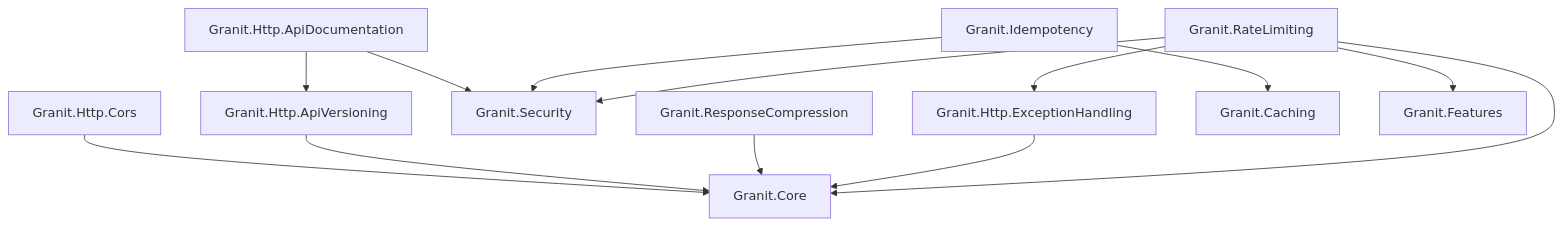
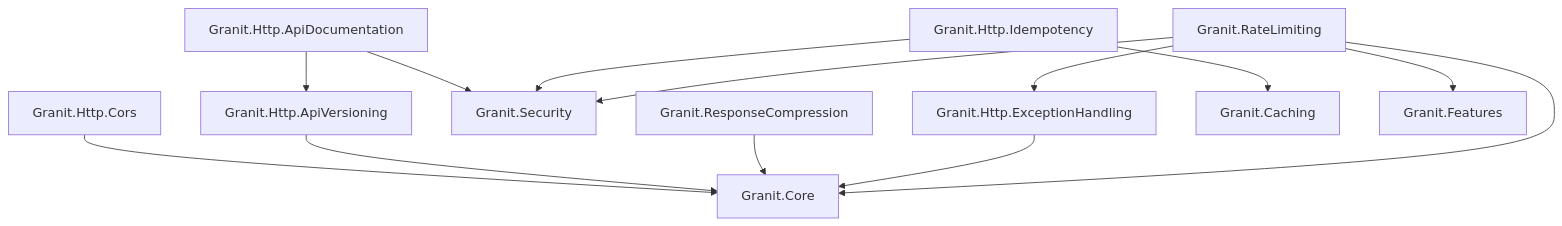
The diagram in docs-site/src/content/docs/dotnet/api/index.mdx (granit-fx/granit-dotnet), drawn with Mermaid before and after one commit. The commit also changed 183 other files, not shown here.

First line of the commit message:
refactor: rename Granit.Cookies to Granit.Http.Cookies (3 packages)

````diff
--- a/docs-site/src/content/docs/dotnet/api/index.mdx
+++ b/docs-site/src/content/docs/dotnet/api/index.mdx
@@ -49,15 +49,15 @@
 ```mermaid
 graph TD
     CORS[Granit.Http.Cors] --> CO[Granit.Core]
     AV[Granit.Http.ApiVersioning] --> CO
     AD[Granit.Http.ApiDocumentation] --> AV
     AD --> SEC[Granit.Security]
     RC[Granit.ResponseCompression] --> CO
     EH[Granit.Http.ExceptionHandling] --> CO
-    ID[Granit.Idempotency] --> CA[Granit.Caching]
+    ID[Granit.Http.Idempotency] --> CA[Granit.Caching]
     ID --> SEC
     RL[Granit.RateLimiting] --> CO
     RL --> EH
     RL --> FT[Granit.Features]
     RL --> SEC
 ```
````
